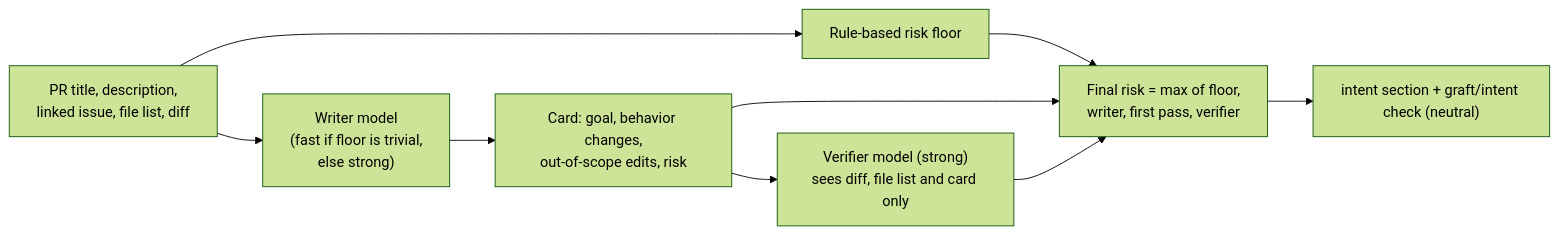
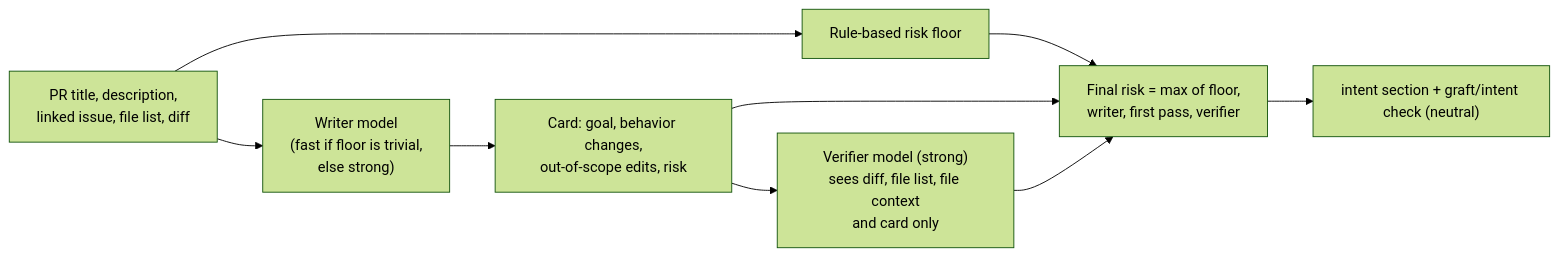
The diagram in docs/features/intent-cards.md (mmornati/graft), drawn with Mermaid (forest theme) before and after one commit. The commit also changed other lines of this file and 18 other files, not shown here.

First line of the commit message:
Give the intent verifier file context and an unverifiable verdict

````diff
--- a/docs/features/intent-cards.md
+++ b/docs/features/intent-cards.md
@@ -7,11 +7,11 @@
 ```mermaid
 flowchart LR
     IN["PR title, description,<br/>linked issue, file list, diff"] --> FLOOR["Rule-based risk floor"]
     IN --> WR["Writer model<br/>(fast if floor is trivial,<br/>else strong)"]
     WR --> CARD["Card: goal, behavior changes,<br/>out-of-scope edits, risk"]
-    CARD --> VER["Verifier model (strong)<br/>sees diff, file list and card only"]
+    CARD --> VER["Verifier model (strong)<br/>sees diff, file list, file context<br/>and card only"]
     FLOOR --> RISK["Final risk = max of floor,<br/>writer, first pass, verifier"]
     CARD --> RISK
     VER --> RISK
     RISK --> OUT["intent section + graft/intent check (neutral)"]
 ```
````
